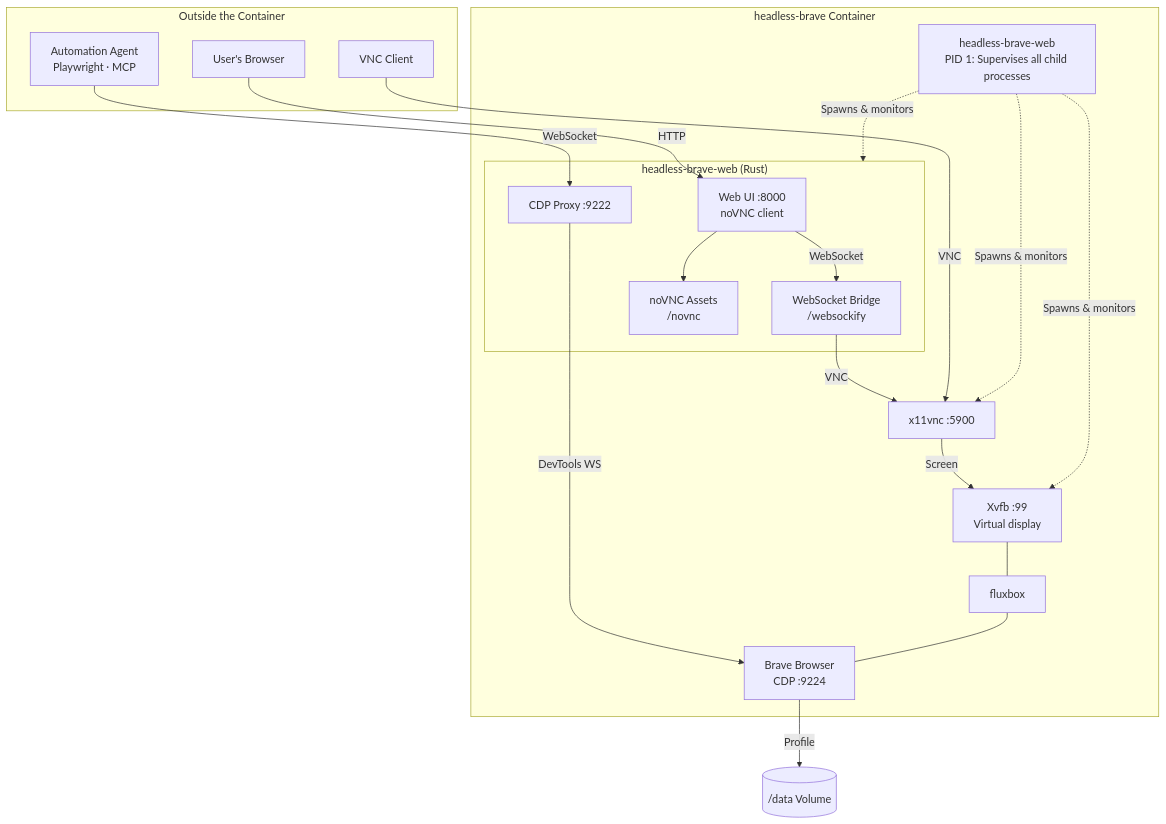
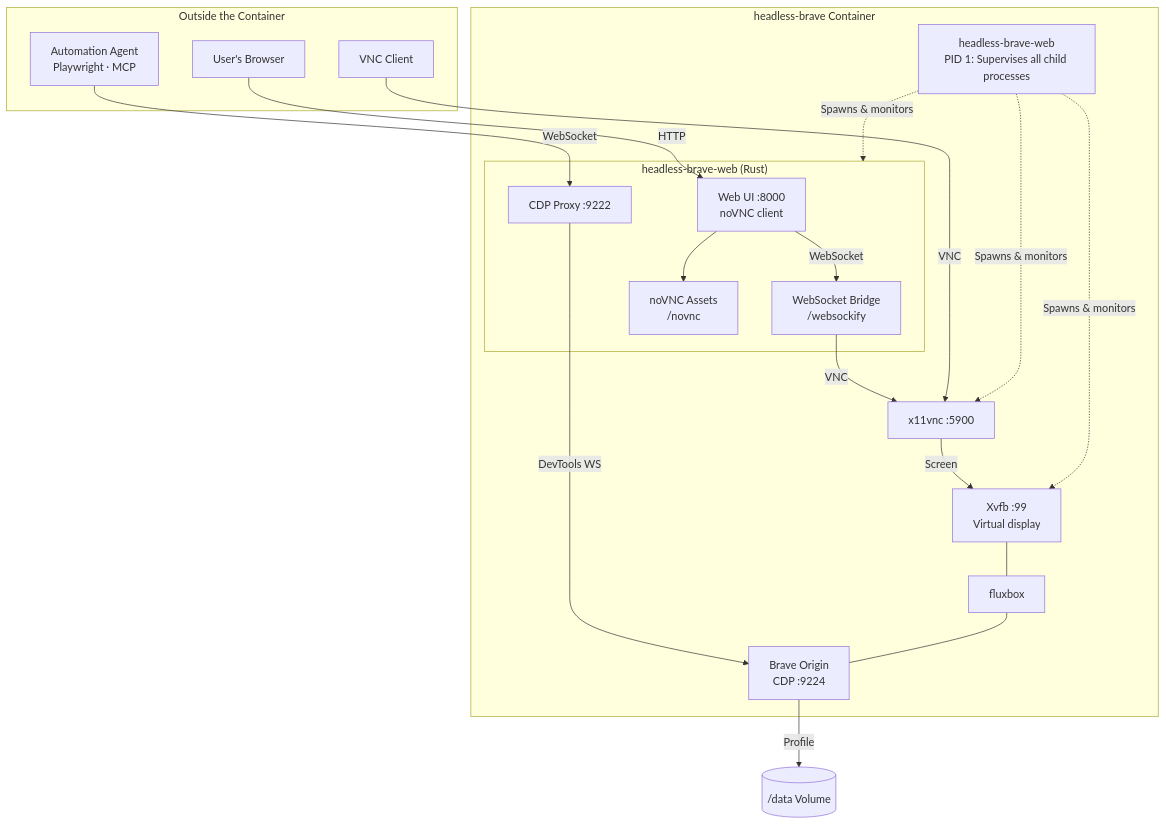
The first of 2 diagrams in docs/architecture.md (Delnegend/headless-brave), drawn with Mermaid before and after one commit. The commit also changed other lines of this file and 13 other files, not shown here.

First line of the commit message:
feat(browser): run Brave Origin instead of Brave

````diff
--- a/docs/architecture.md
+++ b/docs/architecture.md
@@ -7,37 +7,37 @@
 ```mermaid
 flowchart TB
     subgraph outside["Outside the Container"]
         person["User's Browser"]
         vncclient["VNC Client"]
         agent["Automation Agent<br/>Playwright · MCP"]
     end
 
     subgraph container["headless-brave Container"]
         entry["headless-brave-web<br/>PID 1: Supervises all child processes"]
         subgraph service["headless-brave-web (Rust)"]
             webui["Web UI :8000<br/>noVNC client"]
             sockify["WebSocket Bridge<br/>/websockify"]
             cdpproxy["CDP Proxy :9222"]
             novnc["noVNC Assets<br/>/novnc"]
         end
         xvfb["Xvfb :99<br/>Virtual display"]
         wm["fluxbox"]
-        brave["Brave Browser<br/>CDP :9224"]
+        brave["Brave Origin<br/>CDP :9224"]
         vnc["x11vnc :5900"]
     end
 
     person -- "HTTP" --> webui
     webui --> novnc
     webui -- "WebSocket" --> sockify
     sockify -- "VNC" --> vnc
     vncclient -- "VNC" --> vnc
     agent -- "WebSocket" --> cdpproxy
     cdpproxy -- "DevTools WS" --> brave
     brave -- "Profile" --> profile[("/data Volume")]
     vnc -- "Screen" --> xvfb
     xvfb --- wm
     wm --- brave
     entry -. "Spawns & monitors" .-> xvfb
     entry -. "Spawns & monitors" .-> vnc
     entry -. "Spawns & monitors" .-> service
 ```
````
